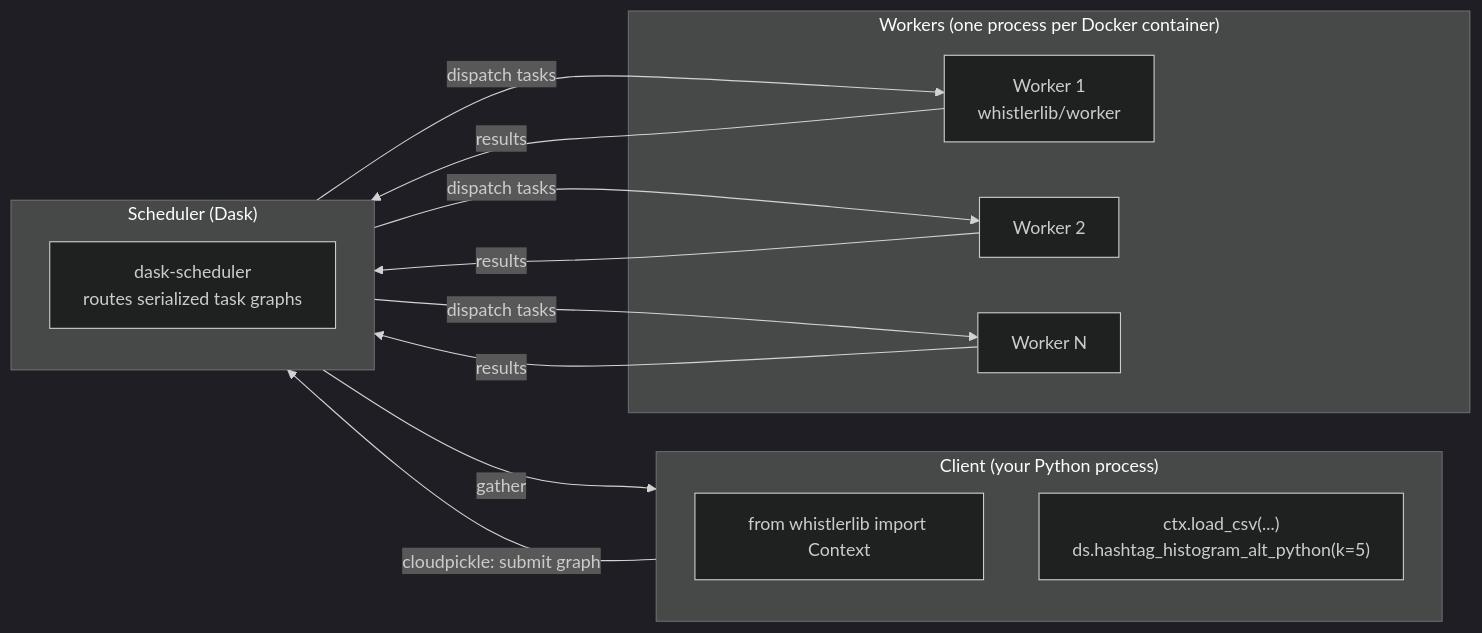
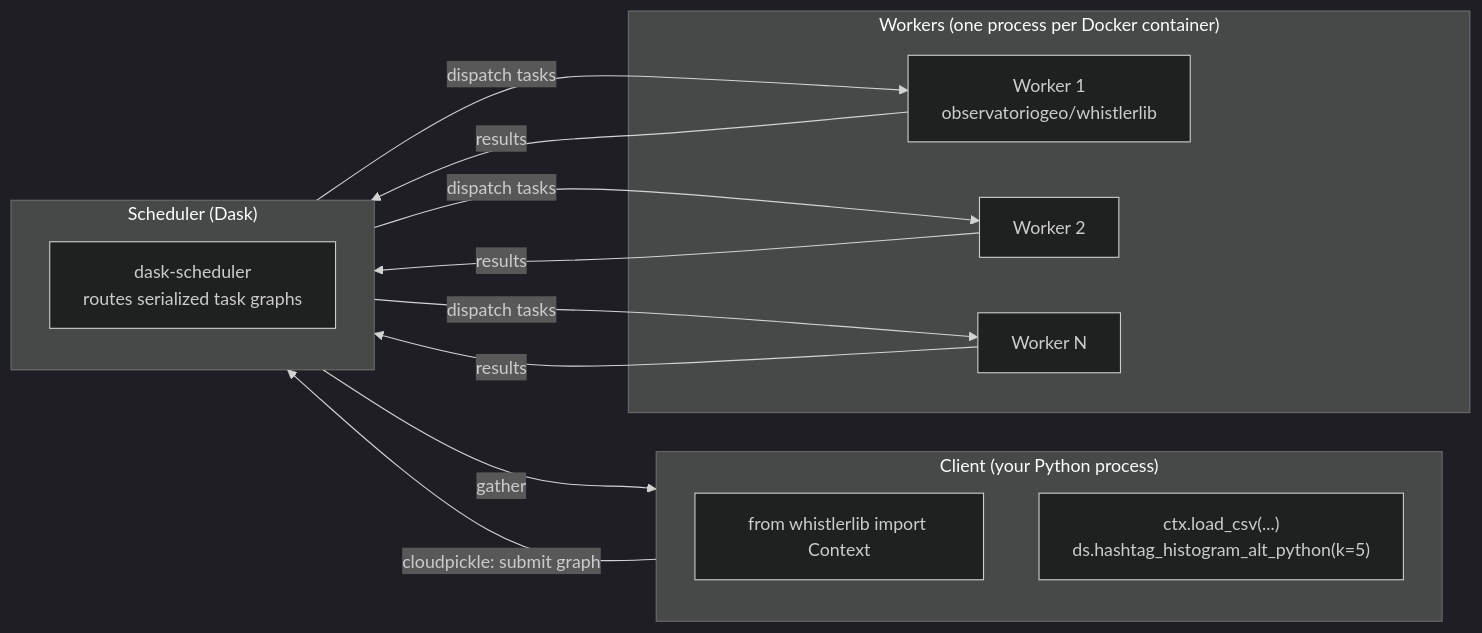
One commit to observatoriogeo/whistlerlib changed the first of 3 diagrams in docs/concepts/architecture.md. Above: the diagram before and after it, drawn with Mermaid (dark theme). The commit also changed other lines of this file and 18 other files, not shown here.

````diff
--- a/docs/concepts/architecture.md
+++ b/docs/concepts/architecture.md
@@ -7,26 +7,26 @@
 ```mermaid
 flowchart LR
     subgraph CLIENT["Client (your Python process)"]
         C1["from whistlerlib import Context"]
         C2["ctx.load_csv(...)<br/>ds.hashtag_histogram_alt_python(k=5)"]
     end
 
     subgraph SCHEDULER["Scheduler (Dask)"]
         S1["dask-scheduler<br/>routes serialized task graphs"]
     end
 
     subgraph WORKERS["Workers (one process per Docker container)"]
-        W1["Worker 1<br/>whistlerlib/worker"]
+        W1["Worker 1<br/>observatoriogeo/whistlerlib"]
         W2["Worker 2"]
         WN["Worker N"]
     end
 
     CLIENT -->|cloudpickle: submit graph| SCHEDULER
     SCHEDULER -->|dispatch tasks| W1
     SCHEDULER -->|dispatch tasks| W2
     SCHEDULER -->|dispatch tasks| WN
     W1 -->|results| SCHEDULER
     W2 -->|results| SCHEDULER
     WN -->|results| SCHEDULER
     SCHEDULER -->|gather| CLIENT
 ```
````
